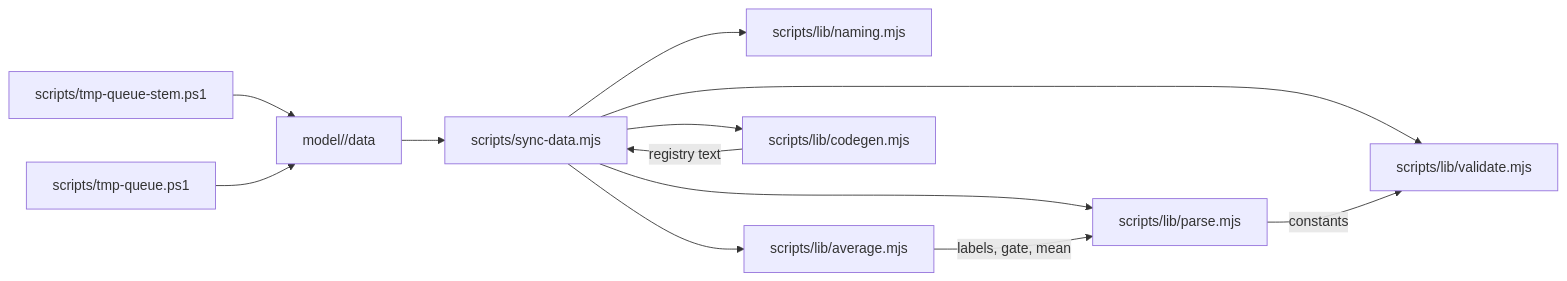
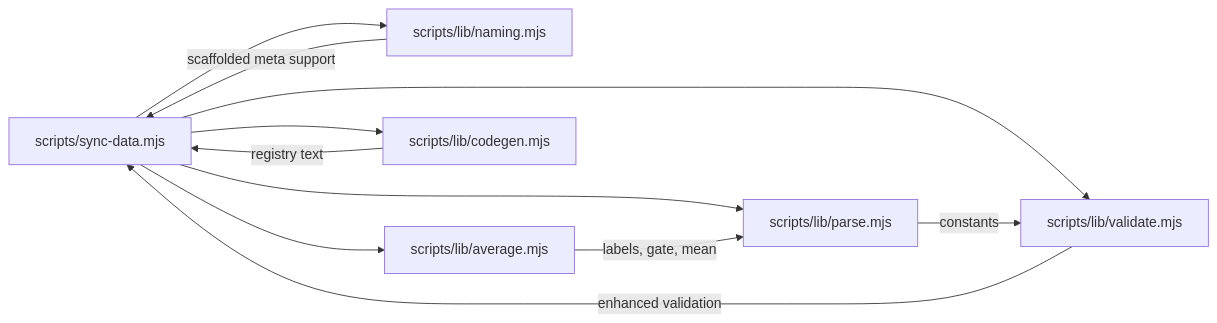
Before and after one commit to delirium-dj/modelcomp: the eighth of 8 diagrams in .qoder/repowiki/en/content/Build & Development Pipeline/Build & Development Pipeline.md, drawn with Mermaid. The commit also changed other lines of this file and 141 other files, not shown here.

````diff
--- a/.qoder/repowiki/en/content/Build & Development Pipeline/Build & Development Pipeline.md
+++ b/.qoder/repowiki/en/content/Build & Development Pipeline/Build & Development Pipeline.md
@@ -436,14 +486,13 @@
 ```mermaid
 graph LR
 SYNC["scripts/sync-data.mjs"] --> PARSE["scripts/lib/parse.mjs"]
 SYNC --> VALIDATE["scripts/lib/validate.mjs"]
 SYNC --> NAMING["scripts/lib/naming.mjs"]
 SYNC --> AVERAGE["scripts/lib/average.mjs"]
 SYNC --> CODEGEN["scripts/lib/codegen.mjs"]
 PARSE --> |"constants"| VALIDATE
 AVERAGE --> |"labels, gate, mean"| PARSE
 CODEGEN --> |"registry text"| SYNC
-PS1["scripts/tmp-queue-stem.ps1"] --> DATA["model/<slug>/data"]
-PS2["scripts/tmp-queue.ps1"] --> DATA
-DATA --> SYNC
+NAMING --> |"scaffolded meta support"| SYNC
+VALIDATE --> |"enhanced validation"| SYNC
 ```
````
